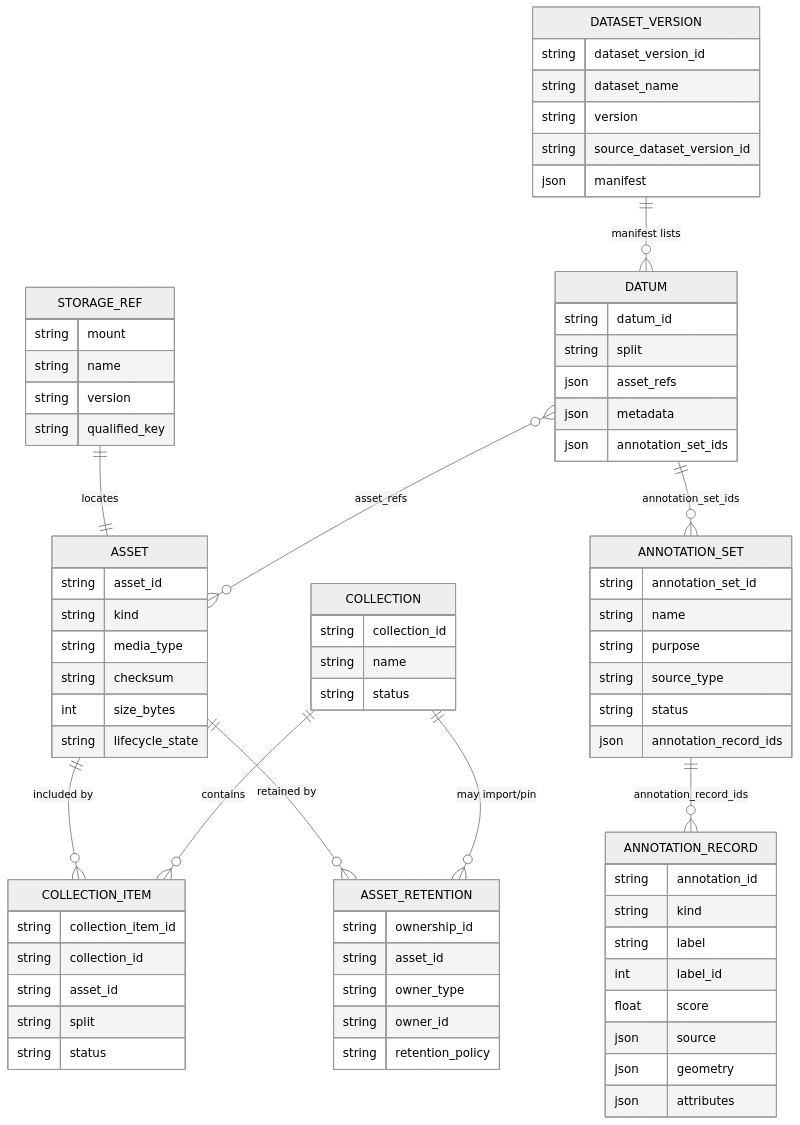
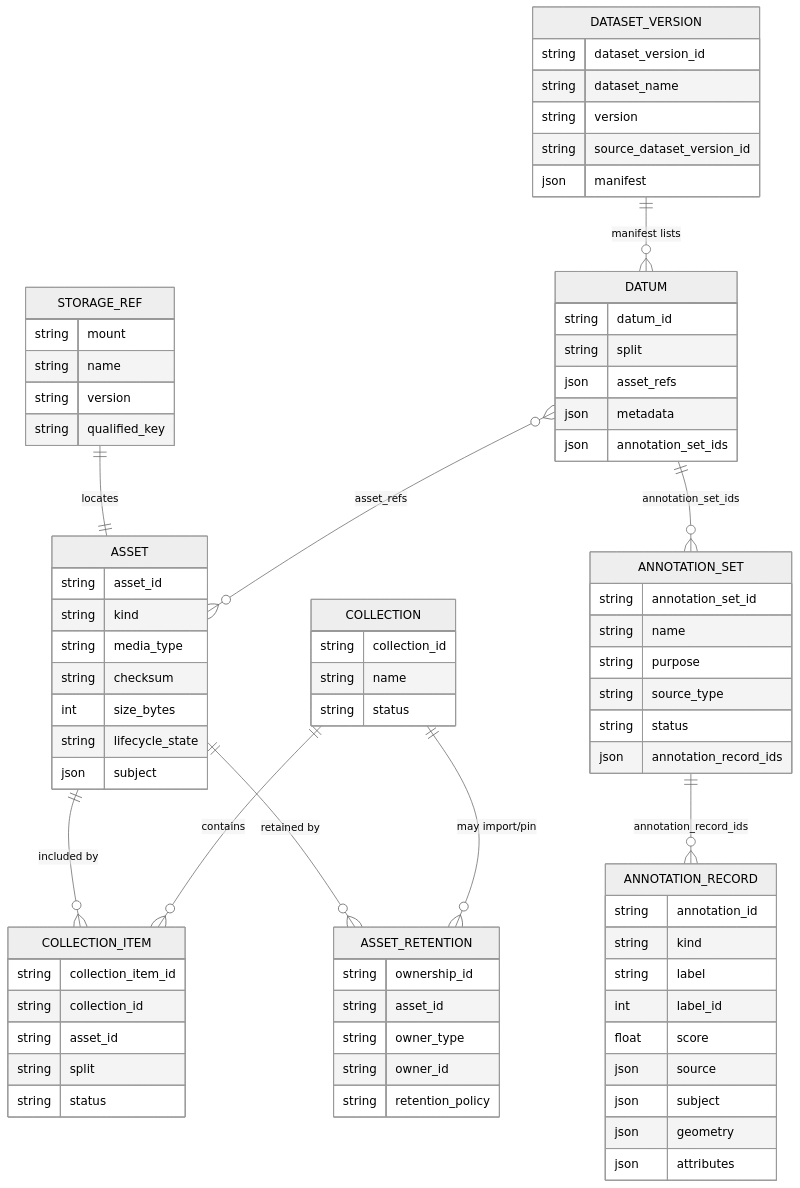
One commit to Mindtrace/mindtrace changed the seventh of 7 diagrams in docs/datalake-v3-proposal.md. Above: the diagram before and after it, drawn with Mermaid (neutral theme). The commit also changed other lines of this file, not shown here.

Commit message:
re-add "subject" (was "derived_from" in v2)

```diff
--- a/docs/datalake-v3-proposal.md
+++ b/docs/datalake-v3-proposal.md
@@ -868,6 +895,7 @@
         string checksum
         int size_bytes
         string lifecycle_state
+        json subject
     }
 
     COLLECTION {
@@ -916,6 +944,7 @@
         int label_id
         float score
         json source
+        json subject
         json geometry
         json attributes
     }
```
